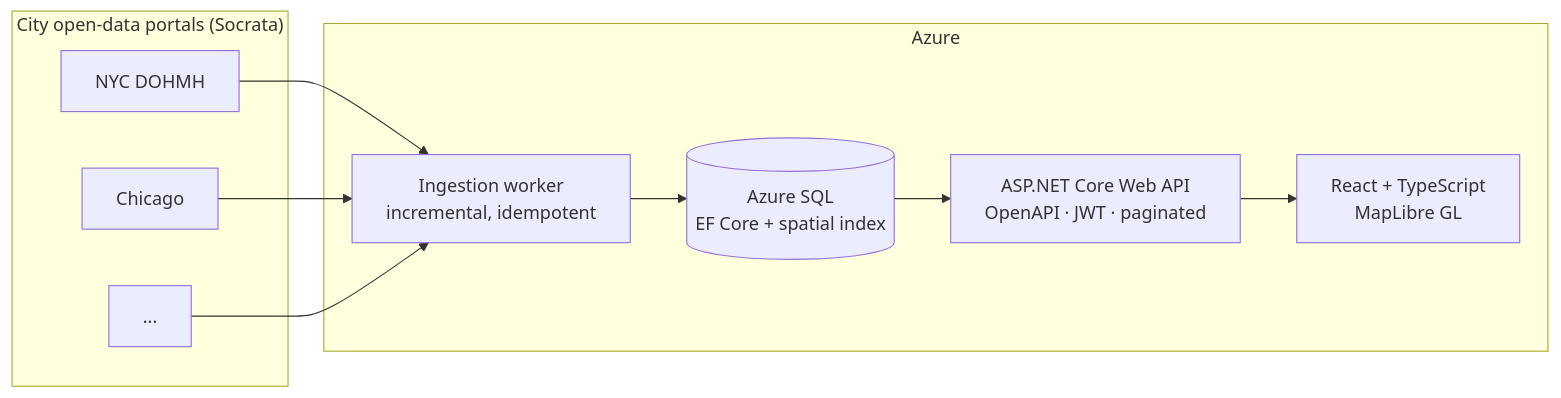
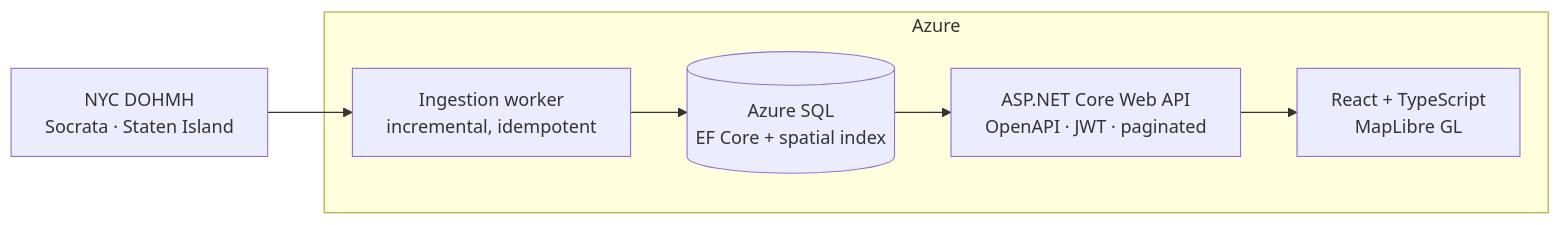
Before and after one commit to seaborndan/freshline: the diagram in README.md, drawn with Mermaid. The commit also changed other lines of this file and 3 other files, not shown here.

````diff
--- a/README.md
+++ b/README.md
@@ -44,21 +64,17 @@
 ```mermaid
 flowchart LR
-    subgraph Sources["City open-data portals (Socrata)"]
-        NYC[NYC DOHMH]
-        CHI[Chicago]
-        OTHER[...]
-    end
+    NYC["NYC DOHMH<br/>Socrata · Staten Island"]
 
-    NYC & CHI & OTHER --> ING
+    NYC --> ING
 
     subgraph Azure
         ING[Ingestion worker<br/>incremental, idempotent]
         DB[(Azure SQL<br/>EF Core + spatial index)]
         API[ASP.NET Core Web API<br/>OpenAPI · JWT · paginated]
         WEB[React + TypeScript<br/>MapLibre GL]
 
         ING --> DB
         DB --> API
         API --> WEB
     end
 ```
````
